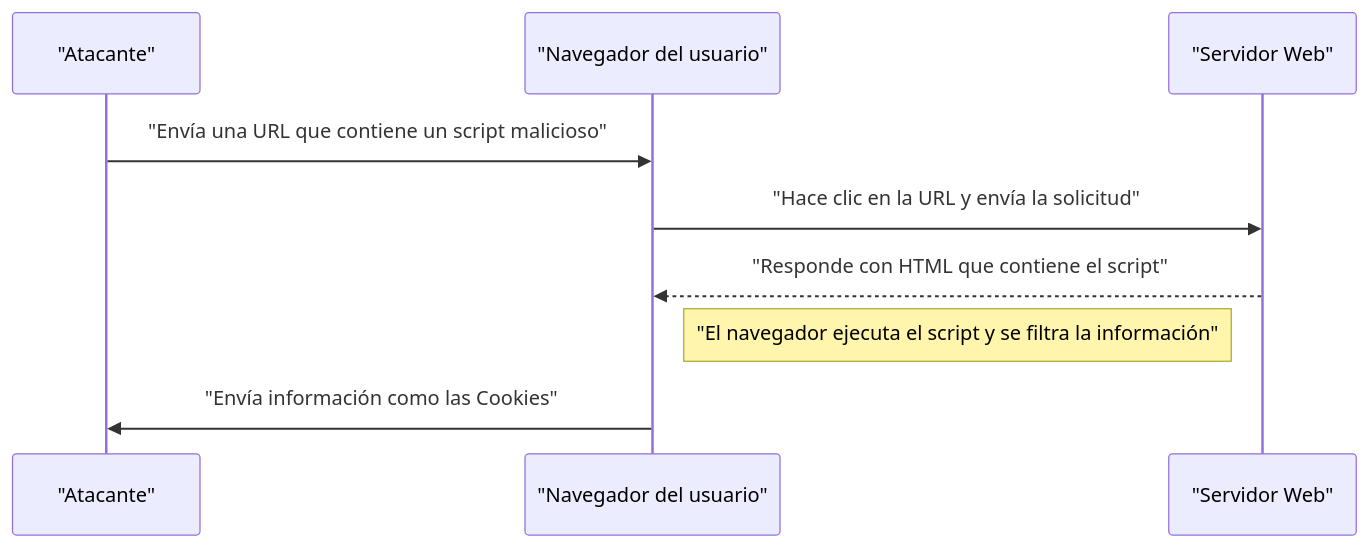
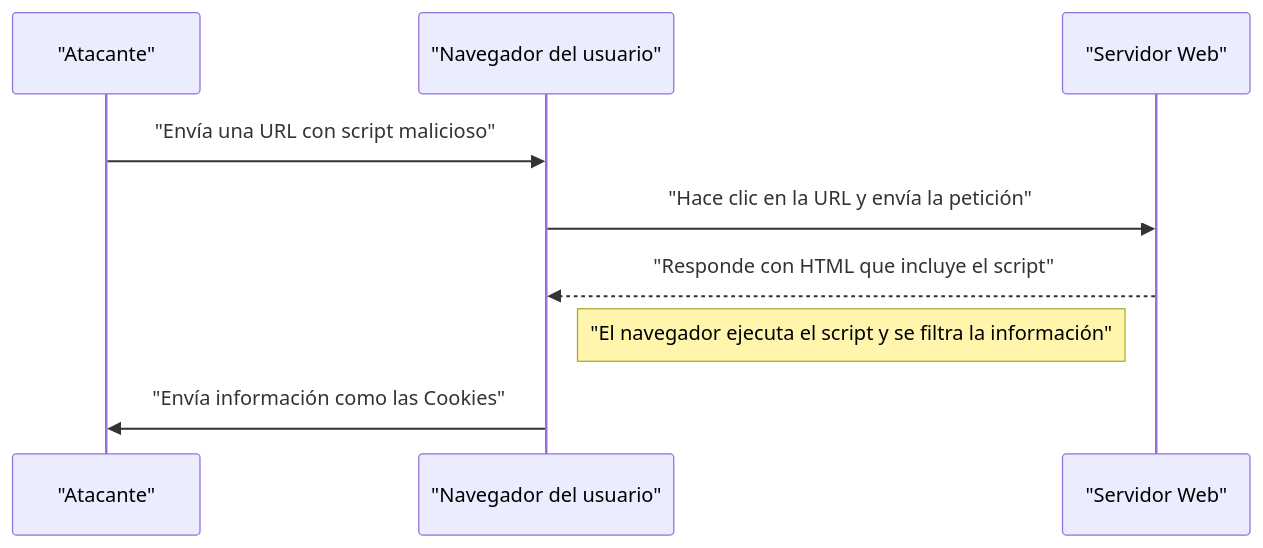
Before and after one commit to kenjinote/blog: the first of 2 diagrams in content/post/web-application-vulnerability-owasp-top-10/index.es.md, drawn with Mermaid. The commit also changed other lines of this file and 12 other files, not shown here.

````diff
--- a/content/post/web-application-vulnerability-owasp-top-10/index.es.md
+++ b/content/post/web-application-vulnerability-owasp-top-10/index.es.md
@@ -170,12 +170,12 @@
 ```mermaid
 sequenceDiagram
     participant "Atacante"
     participant "Navegador del usuario"
     participant "Servidor Web"
 
-    "Atacante"->>"Navegador del usuario": "Envía una URL que contiene un script malicioso"
-    "Navegador del usuario"->>"Servidor Web": "Hace clic en la URL y envía la solicitud"
-    "Servidor Web"-->>"Navegador del usuario": "Responde con HTML que contiene el script"
+    "Atacante"->>"Navegador del usuario": "Envía una URL con script malicioso"
+    "Navegador del usuario"->>"Servidor Web": "Hace clic en la URL y envía la petición"
+    "Servidor Web"-->>"Navegador del usuario": "Responde con HTML que incluye el script"
     Note right of "Navegador del usuario": "El navegador ejecuta el script y se filtra la información"
     "Navegador del usuario"->>"Atacante": "Envía información como las Cookies"
 ```
````
